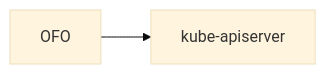
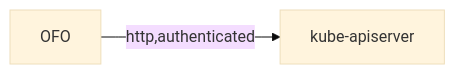
The fourth of 9 diagrams in docs/threat_model.md (open-feature/open-feature-operator), drawn with Mermaid (base theme) before and after one commit. The commit also changed other lines of this file, not shown here.

````diff
--- a/docs/threat_model.md
+++ b/docs/threat_model.md
@@ -84,4 +93,4 @@
 ```mermaid
 flowchart LR
-    OFO --> kube-apiserver
+    OFO -->|http,authenticated| kube-apiserver
 ```
````
